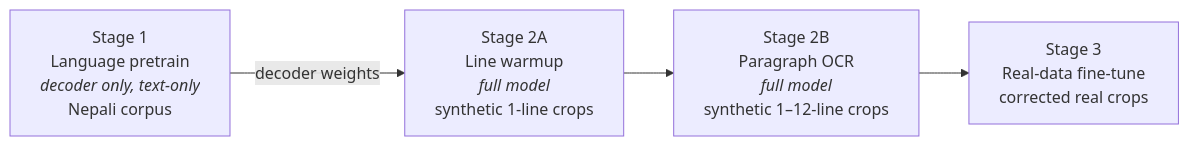
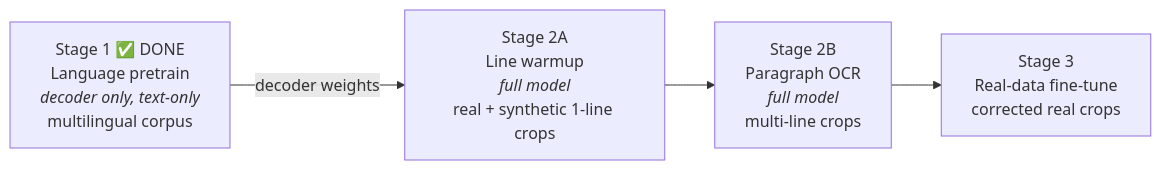
Before and after one commit to Saurab-Shrestha/Akshara: the third of 3 diagrams in docs/ARCHITECTURE.md, drawn with Mermaid. The commit also changed other lines of this file and 6 other files, not shown here.

````diff
--- a/docs/ARCHITECTURE.md
+++ b/docs/ARCHITECTURE.md
@@ -136,8 +149,8 @@
 ```mermaid
 flowchart LR
-    S1["Stage 1<br/>Language pretrain<br/><i>decoder only, text-only</i><br/>Nepali corpus"]
-    S2A["Stage 2A<br/>Line warmup<br/><i>full model</i><br/>synthetic 1-line crops"]
-    S2B["Stage 2B<br/>Paragraph OCR<br/><i>full model</i><br/>synthetic 1–12-line crops"]
+    S1["Stage 1 ✅ DONE<br/>Language pretrain<br/><i>decoder only, text-only</i><br/>multilingual corpus"]
+    S2A["Stage 2A<br/>Line warmup<br/><i>full model</i><br/>real + synthetic 1-line crops"]
+    S2B["Stage 2B<br/>Paragraph OCR<br/><i>full model</i><br/>multi-line crops"]
     S3["Stage 3<br/>Real-data fine-tune<br/>corrected real crops"]
     S1 -->|decoder weights| S2A --> S2B --> S3
 ```
````
